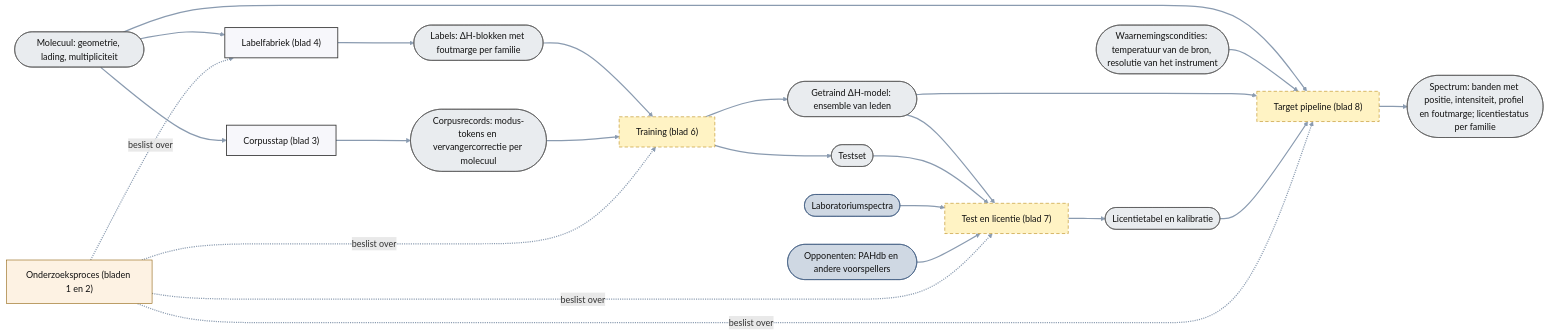
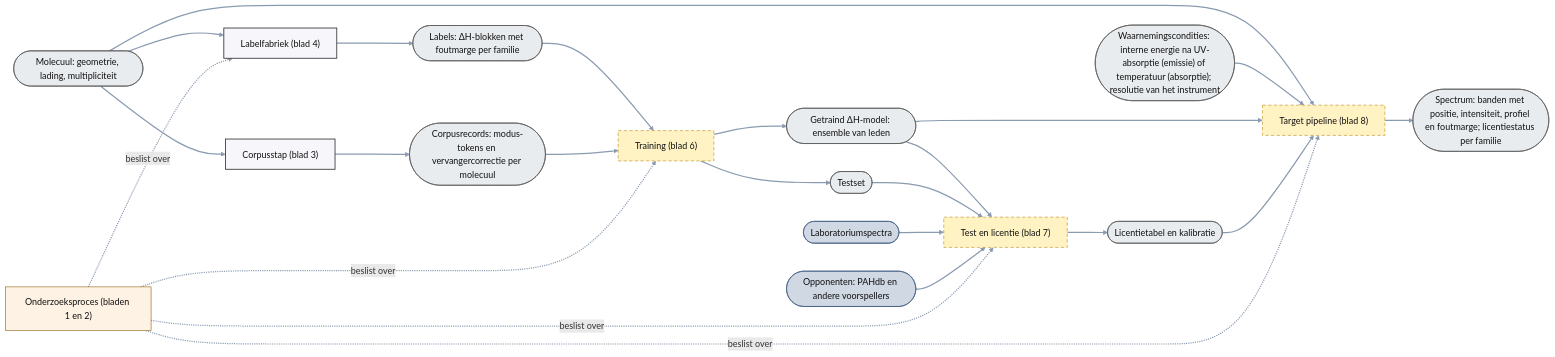
One commit to thebreadishard/udacity-capstone-plan changed the diagram in plans/05_delta-probed-ir-pipeline/GoalGathering/architecture/00_overzicht.mmd. Above: the diagram before and after it, drawn with Mermaid. The commit also changed 2 other files, not shown here.

Commit message:
Plan 05 architecture, after Mackie 2018/2022 and Esposito 2024: observing conditions = internal energy after UV absorption (emission) or temperature (absorption) plus resolution (sheet 8 and overview); the intensity step also takes the anharmonic constants and yields band intensities redistributed over resonance polyads; index regenerated; both sheets render locally

```diff
--- a/plans/05_delta-probed-ir-pipeline/GoalGathering/architecture/00_overzicht.mmd
+++ b/plans/05_delta-probed-ir-pipeline/GoalGathering/architecture/00_overzicht.mmd
@@ -1,47 +1,47 @@
 %% Overzicht plan 05 (niveau 1): de soorten proces en de data-objecten die ze verbinden. Doelarchitectuur; geen besluiten, geen data.
 %% Rechthoek = proces (hier: een heel blad); ronde uiteinden = data-object; pijl = datastroom. Gestippeld = nog niet gebouwd.
 flowchart LR
   linkStyle default stroke:#8a9bb0,stroke-width:2.2px
   classDef planned stroke-dasharray: 6 4,stroke:#b8860b,fill:#fff3c4,color:#111
   classDef ext fill:#cfd8e3,stroke:#3d5a80,color:#111
   classDef data fill:#e9ecef,stroke:#555,color:#111
   classDef proc fill:#f7f7fb,stroke:#333,stroke-width:1.5px,color:#111
   classDef research fill:#fdf2e3,stroke:#8a5a00,color:#111
 
   MOL(["Molecuul: geometrie, lading, multipliciteit"]):::data
-  COND(["Waarnemingscondities: temperatuur van de bron, resolutie van het instrument"]):::data
+  COND(["Waarnemingscondities: interne energie na UV-absorptie (emissie) of temperatuur (absorptie); resolutie van het instrument"]):::data
   LABDB(["Laboratoriumspectra"]):::ext
   PAHDB(["Opponenten: PAHdb en andere voorspellers"]):::ext
 
   LABF["Labelfabriek (blad 4)"]:::proc
   LABELS(["Labels: ΔH-blokken met foutmarge per familie"]):::data
   CORPF["Corpusstap (blad 3)"]:::proc
   CORPUS(["Corpusrecords: modus-tokens en vervangercorrectie per molecuul"]):::data
   TRAIN["Training (blad 6)"]:::planned
   TRAINED(["Getraind ΔH-model: ensemble van leden"]):::data
   TESTSET(["Testset"]):::data
   EVAL["Test en licentie (blad 7)"]:::planned
   LICCAL(["Licentietabel en kalibratie"]):::data
   PIPE["Target pipeline (blad 8)"]:::planned
   SPEC(["Spectrum: banden met positie, intensiteit, profiel en foutmarge; licentiestatus per familie"]):::data
   RES["Onderzoeksproces (bladen 1 en 2)"]:::research
 
   MOL --> LABF --> LABELS
   MOL --> CORPF --> CORPUS
   LABELS --> TRAIN
   CORPUS --> TRAIN
   TRAIN --> TRAINED
   TRAINED --> EVAL
   TRAIN --> TESTSET --> EVAL
   LABDB --> EVAL
   PAHDB --> EVAL
   EVAL --> LICCAL
   MOL --> PIPE
   COND --> PIPE
   TRAINED --> PIPE
   LICCAL --> PIPE
   PIPE --> SPEC
   RES -. beslist over .-> LABF
   RES -. beslist over .-> TRAIN
   RES -. beslist over .-> EVAL
   RES -. beslist over .-> PIPE
```
